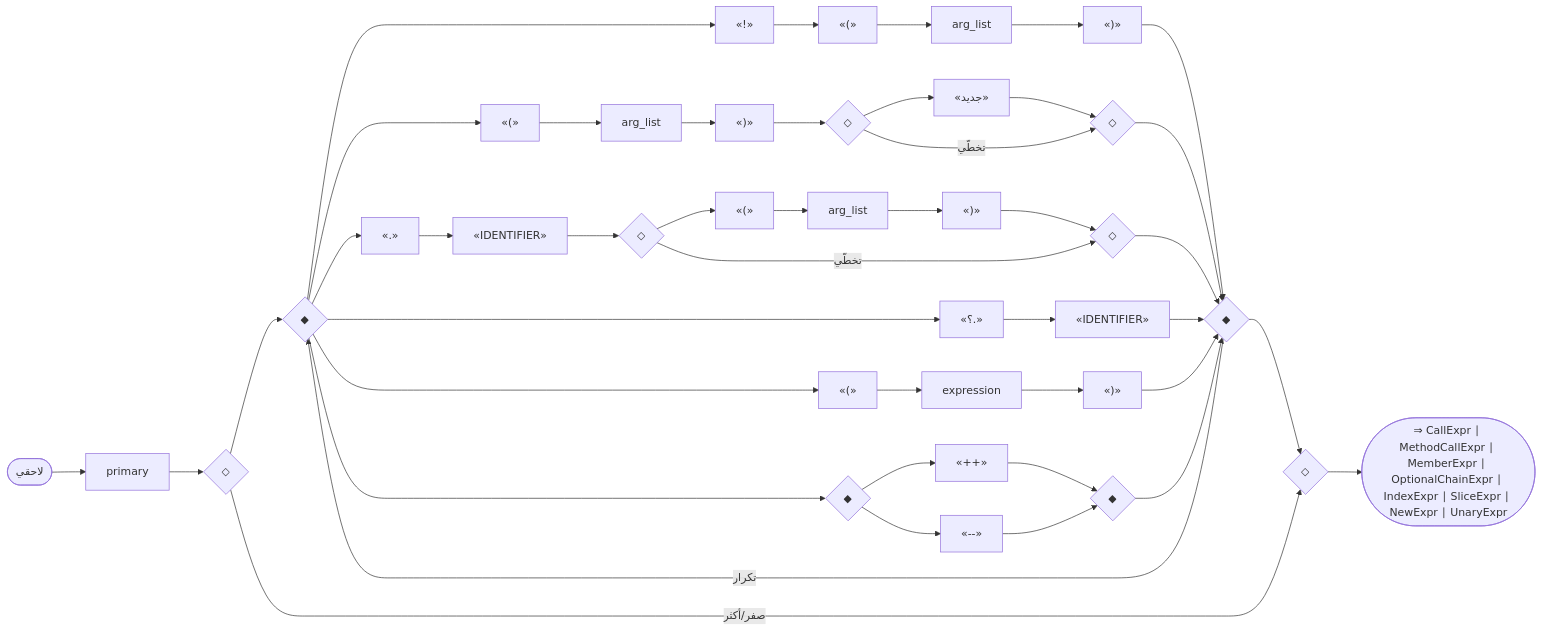
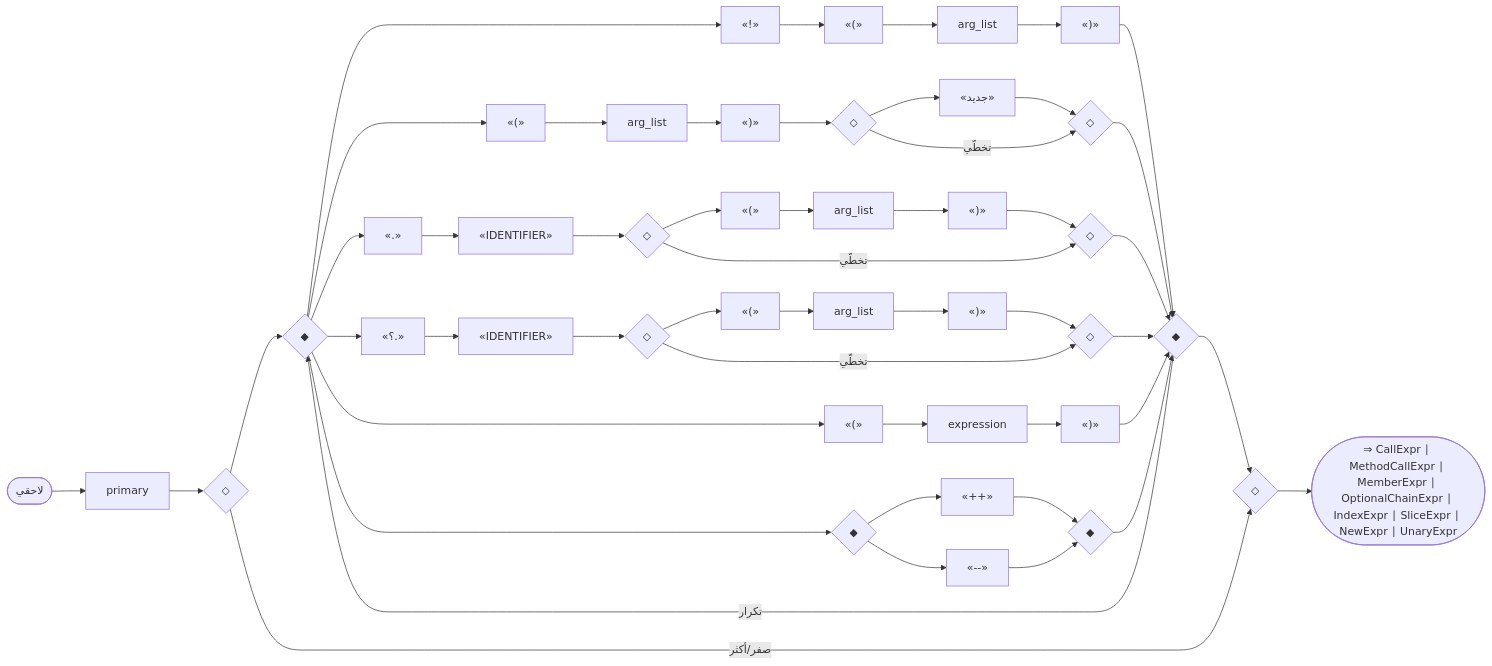
One commit to sadlang/sadlang changed diagram 37 of 51 in docs/parser_rule/_generated/40_expressions.md. Above: the diagram before and after it, drawn with Mermaid. The commit also changed other lines of this file and 305 other files, not shown here.

````diff
--- a/docs/parser_rule/_generated/40_expressions.md
+++ b/docs/parser_rule/_generated/40_expressions.md
@@ -1211,31 +1223,42 @@
   n24["«؟.»"]
   n25["«IDENTIFIER»"]
   n24 --> n25
+  n26{"◇"}
+  n27{"◇"}
+  n28["«(»"]
+  n29["arg_list"]
+  n28 --> n29
+  n30["«)»"]
+  n29 --> n30
+  n26 --> n28
+  n30 --> n27
+  n26 -- "تخطّي" --> n27
+  n25 --> n26
   n5 --> n24
-  n25 --> n6
-  n26["«(»"]
-  n27["expression"]
-  n26 --> n27
-  n28["«)»"]
-  n27 --> n28
-  n5 --> n26
-  n28 --> n6
-  n29{"◆"}
-  n30{"◆"}
-  n31["«++»"]
-  n29 --> n31
-  n31 --> n30
-  n32["«--»"]
-  n29 --> n32
-  n32 --> n30
-  n5 --> n29
-  n30 --> n6
+  n27 --> n6
+  n31["«(»"]
+  n32["expression"]
+  n31 --> n32
+  n33["«)»"]
+  n32 --> n33
+  n5 --> n31
+  n33 --> n6
+  n34{"◆"}
+  n35{"◆"}
+  n36["«++»"]
+  n34 --> n36
+  n36 --> n35
+  n37["«--»"]
+  n34 --> n37
+  n37 --> n35
+  n5 --> n34
+  n35 --> n6
   n3 --> n5
   n6 --> n4
   n6 -- "تكرار" --> n5
   n3 -- "صفر/أكثر" --> n4
   n2 --> n3
   n1 --> n2
-  n33(["⇒ CallExpr ∣ MethodCallExpr ∣ MemberExpr ∣ OptionalChainExpr ∣ IndexExpr ∣ SliceExpr ∣ NewExpr ∣ UnaryExpr"])
-  n4 --> n33
+  n38(["⇒ CallExpr ∣ MethodCallExpr ∣ MemberExpr ∣ OptionalChainExpr ∣ IndexExpr ∣ SliceExpr ∣ NewExpr ∣ UnaryExpr"])
+  n4 --> n38
 ```
````
